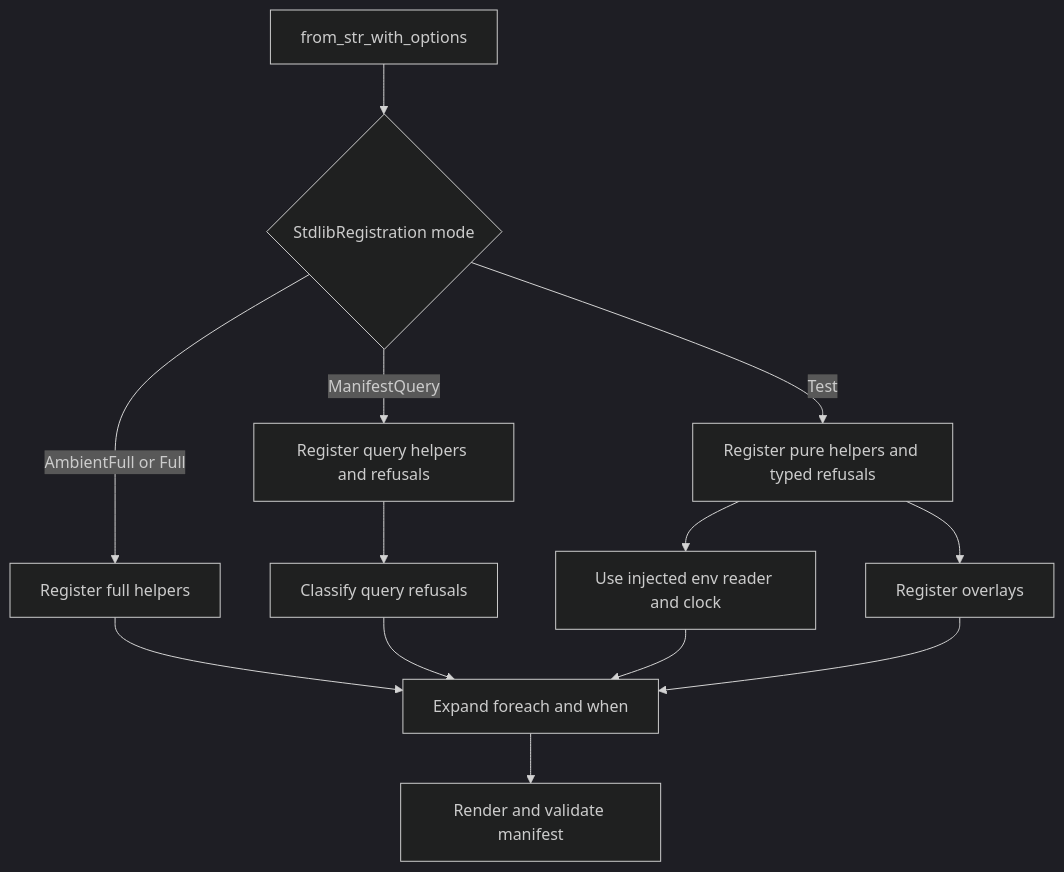
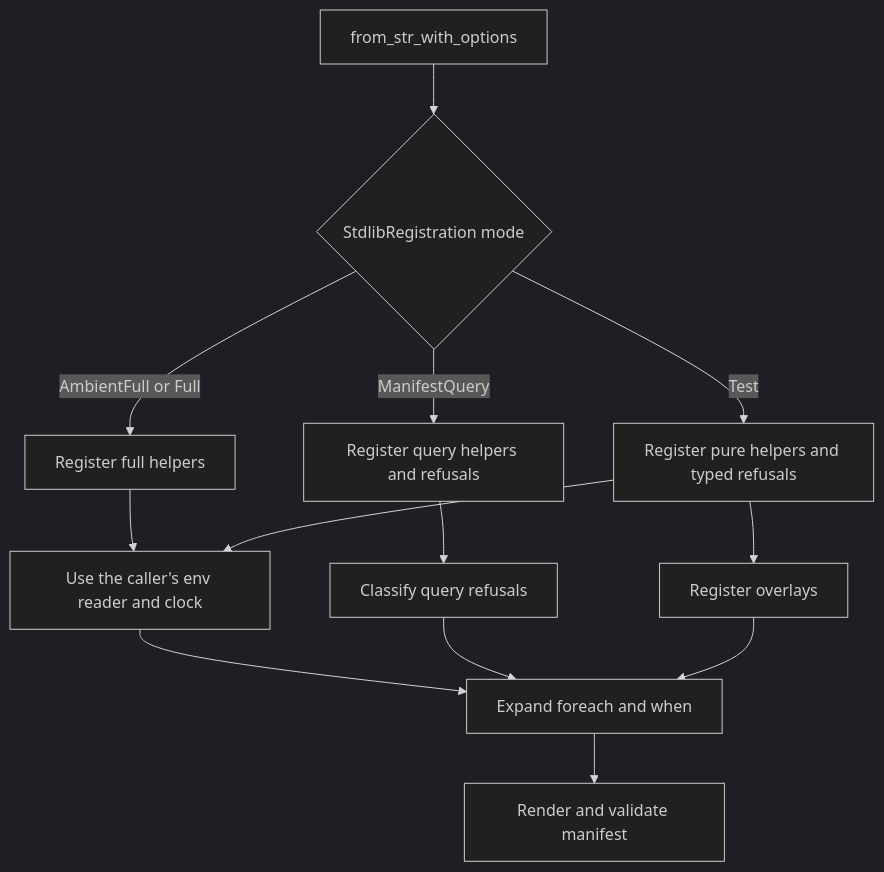
Before and after one commit to leynos/netsuke: the second of 2 diagrams in docs/netsuke-test-framework-technical-design.md, drawn with Mermaid (dark theme). The commit also changed other lines of this file, not shown here.

First line of the commit message:
Correct two false claims in the test-framework design

````diff
--- a/docs/netsuke-test-framework-technical-design.md
+++ b/docs/netsuke-test-framework-technical-design.md
@@ -240,15 +242,15 @@
 ```mermaid
 flowchart TD
     Start[from_str_with_options] --> Mode{StdlibRegistration mode}
     Mode -->|AmbientFull or Full| Build[Register full helpers]
     Mode -->|ManifestQuery| RestrictedQuery[Register query helpers and refusals]
     Mode -->|Test| RestrictedTest[Register pure helpers and typed refusals]
-    RestrictedTest --> Inject[Use injected env reader and clock]
+    Build --> Inject[Use the caller's env reader and clock]
+    RestrictedTest --> Inject
     RestrictedTest --> Overlay[Register overlays]
-    Build --> Expand[Expand foreach and when]
+    Inject --> Expand[Expand foreach and when]
     RestrictedQuery --> QueryClassify[Classify query refusals]
     QueryClassify --> Expand
-    Inject --> Expand
     Overlay --> Expand
     Expand --> Render[Render and validate manifest]
 ```
````
